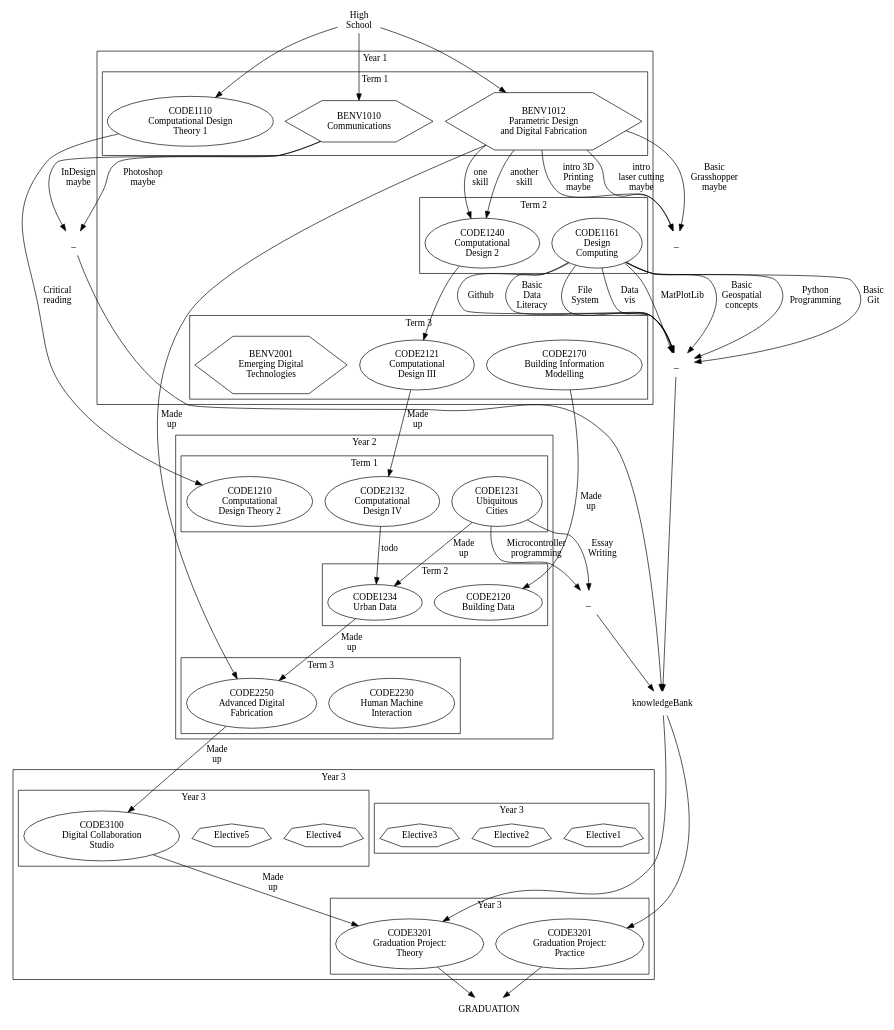
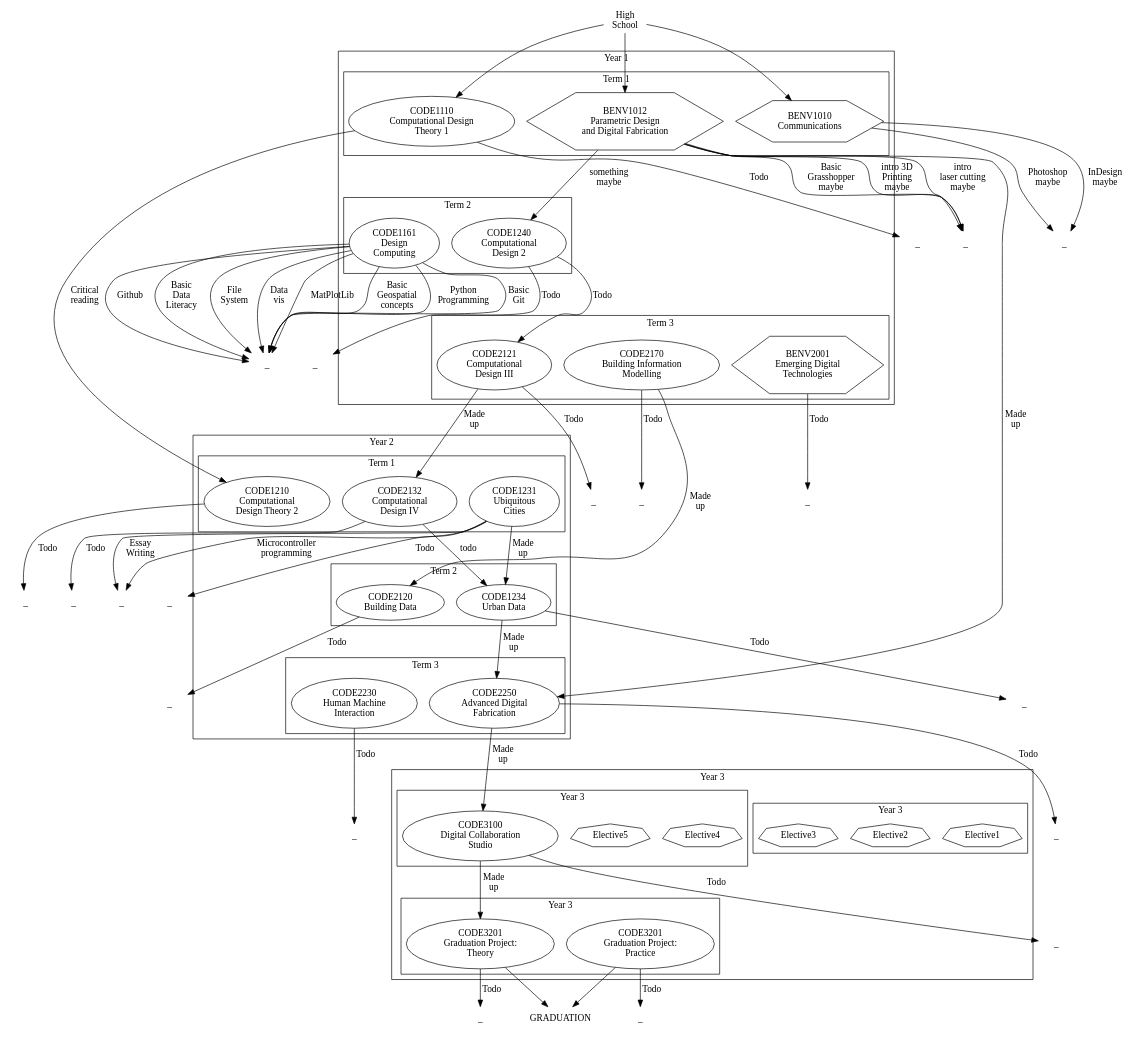
One commit to notionparallax/course-map changed the diagram in code.dot. Above: the diagram before and after it, drawn with Graphviz.

Commit message:
everything, again?
confusing

```diff
--- a/code.dot
+++ b/code.dot
@@ -1,123 +1,186 @@
 digraph G {
     // rankdir=LR; // Delete the slashes if you prefer this to run left to right
     HighSchool [label="High\nSchool" shape=plaintext]
     HighSchool -> BENV1012
     HighSchool -> BENV1010
     HighSchool -> CODE1110
     
     subgraph cluster_y1 {
         label = "Year 1";
         subgraph cluster_y1_t1 {
             label = "Term 1";
             BENV1012 [label="BENV1012\nParametric Design\nand Digital Fabrication" shape=hexagon]
             BENV1010 [label="BENV1010\nCommunications" shape=hexagon]
             CODE1110 [label="CODE1110\nComputational Design\nTheory 1"]
             rank = same; BENV1012; BENV1010; CODE1110;
           }
           subgraph cluster_y1_t2 {
             label = "Term 2";
             CODE1240 [label="CODE1240\nComputational\nDesign 2"]
             CODE1161 [label="CODE1161\nDesign\nComputing"]
             rank = same; CODE1240; CODE1161;
           }
           subgraph cluster_y1_t3 {
               label = "Term 3";
               CODE2121 [label="CODE2121\nComputational\nDesign III"]
               CODE2170 [label="CODE2170\nBuilding Information\nModelling"]
               BENV2001 [label="BENV2001\nEmerging Digital\nTechnologies" shape=hexagon]
               rank = same; CODE2170; CODE2121; BENV2001;
           }
     }
-    BENV1012 -> CODE1240 [label="one\nskill"]
-    BENV1012 -> CODE1240 [label="another\nskill"]
-    CODE1240 -> CODE2121
-    
-    // Design Computing intoduces these skills
-    dummy1161 [label="_" shape=plaintext] //Placeholder for skills that don't go anywhere yet
-    CODE1161 -> dummy1161 [label="Python\nProgramming"]
-    CODE1161 -> dummy1161 [label="Basic\nGit"]
-    CODE1161 -> dummy1161 [label="Github"]
-    CODE1161 -> dummy1161 [label="Basic\nData\nLiteracy"]
-    CODE1161 -> dummy1161 [label="File\nSystem"]
-    CODE1161 -> dummy1161 [label="Data\nvis"]
-    CODE1161 -> dummy1161 [label="MatPlotLib"]
-    CODE1161 -> dummy1161 [label="Basic\nGeospatial\nconcepts"]
-    
-    // Parametric Design and Digital Fabrication intoduces these skills
-    dummyBENV1012 [label="_" shape=plaintext] //Placeholder for skills that don't go anywhere yet
-    BENV1012 -> dummyBENV1012 [label="Basic\nGrasshopper\nmaybe"]
-    BENV1012 -> dummyBENV1012 [label="intro 3D\nPrinting\nmaybe"]
-    BENV1012 -> dummyBENV1012 [label="intro\nlaser cutting\nmaybe"]
-    
-    // Communications intoduces these skills
-    dummyBENV1010 [label="_" shape=plaintext] //Placeholder for skills that don't go anywhere yet
-    BENV1010 -> dummyBENV1010 [label="Photoshop\nmaybe"]
-    BENV1010 -> dummyBENV1010 [label="InDesign\nmaybe"]
-    
-    
+
     subgraph cluster_y2 {
         label = "Year 2";
         subgraph cluster_y2_t1 {
             label = "Term 1";
             CODE2132 [label="CODE2132\nComputational\nDesign IV"]
             CODE1210 [label="CODE1210\nComputational\nDesign Theory 2"]
             CODE1231 [label="CODE1231\nUbiquitous\nCities"]
             rank = same; CODE2132; CODE1210; CODE1231;
         }
         subgraph cluster_y2_t2 {
             label = "Term 2";
             CODE2120 [label="CODE2120\nBuilding Data"]
             CODE1234 [label="CODE1234\nUrban Data"]
             rank = same; CODE2120; CODE1234;
         }
         subgraph cluster_y2_t3 {
             label = "Term 3";
             CODE2230 [label="CODE2230\nHuman Machine\nInteraction"]
             CODE2250 [label="CODE2250\nAdvanced Digital\nFabrication"]
             rank = same; CODE2230;
         }
     }
     // Ubiquitous Cities intoduces these skills
     dummy1231 [label="_" shape=plaintext] //Placeholder for skills that don't go anywhere yet
     CODE1231 -> dummy1231 [label="Microcontroller\nprogramming"]
     CODE1231 -> dummy1231 [label="Essay\nWriting"]
     
     CODE2170 -> CODE2120 [label="Made\nup"]
     CODE1110 -> CODE1210 [label="Critical\nreading"]
     CODE2121 -> CODE2132 [label="Made\nup"]
     BENV1012 -> CODE2250 [label="Made\nup"]
     CODE1231 -> CODE1234 [label="Made\nup"]
     CODE1234 -> CODE2250 [label="Made\nup"]
 
     subgraph cluster_y3 {
         label = "Year 3";
         subgraph cluster_y3_t1 {
             Elective1 [shape=septagon]
             Elective2 [shape=septagon]
             Elective3 [shape=septagon]
         }
         subgraph cluster_y3_t2 {
             Elective4 [shape=septagon]
             Elective5 [shape=septagon]
             CODE3100 [label="CODE3100\nDigital Collaboration\nStudio"]
         }
         subgraph cluster_y3_t3 {
             CODE3201 [label="CODE3201\nGraduation Project:\nTheory"]
             CODE3202 [label="CODE3201\nGraduation Project:\nPractice"]
         }
     }
+
+    //Y1T1 skills:
+    // Communications intoduces these skills
+    dummyBENV1010 [label="_" shape=plaintext] //Placeholder for skills that don't go anywhere yet
+    BENV1010 -> dummyBENV1010 [label="InDesign\nmaybe"]
+    BENV1010 -> dummyBENV1010 [label="Photoshop\nmaybe"]
+
+    // Parametric Design and Digital Fabrication intoduces these skills
+    dummyBENV1012 [label="_" shape=plaintext] //Placeholder for skills that don't go anywhere yet
+    BENV1012 -> dummyBENV1012 [label="Basic\nGrasshopper\nmaybe"]
+    BENV1012 -> dummyBENV1012 [label="intro 3D\nPrinting\nmaybe"]
+    BENV1012 -> dummyBENV1012 [label="intro\nlaser cutting\nmaybe"]
+    BENV1012 -> CODE1240 [label="something\nmaybe"]
+    
+    dummyCODE1110 [label="_" shape=plaintext]
+    CODE1110 -> dummyCODE1110 [label="Todo"]
+
+    //Y1T2 skills
+    // Design Computing intoduces these skills
+    dummy1161 [label="_" shape=plaintext] //Placeholder for skills that don't go anywhere yet
+    CODE1161 -> dummy1161 [label="Python\nProgramming"]
+    CODE1161 -> dummy1161 [label="Basic\nGit"]
+    CODE1161 -> dummy1161 [label="Github"]
+    CODE1161 -> dummy1161 [label="Basic\nData\nLiteracy"]
+    CODE1161 -> dummy1161 [label="File\nSystem"]
+    CODE1161 -> dummy1161 [label="Data\nvis"]
+    CODE1161 -> dummy1161 [label="MatPlotLib"]
+    CODE1161 -> dummy1161 [label="Basic\nGeospatial\nconcepts"]
+    
+    dummyCODE1240 [label="_" shape=plaintext]
+    CODE1240 -> dummyCODE1240 [label="Todo"]
+    CODE1240 -> CODE2121 [label="Todo"]
+    
+    //Y1T3 skills
+    dummyCODE2121 [label="_" shape=plaintext]
+    CODE2121 -> dummyCODE2121 [label="Todo"]
+    dummyCODE2170 [label="_" shape=plaintext]
+    CODE2170 -> dummyCODE2170 [label="Todo"]
+    dummyBENV2001 [label="_" shape=plaintext]
+    BENV2001 -> dummyBENV2001 [label="Todo"]
+    
+    //Y2T1 skills
+    dummyCODE1210 [label="_" shape=plaintext]
+    CODE1210 -> dummyCODE1210 [label="Todo"]
+    dummyCODE1231 [label="_" shape=plaintext]
+    CODE1231 -> dummyCODE1231 [label="Todo"]
+    dummyCODE2132 [label="_" shape=plaintext]
+    CODE2132 -> dummyCODE2132 [label="Todo"]
     CODE2132 -> CODE1234 [label="todo"]
+
+    //Y2T2 skills
+    dummyCODE1234 [label="_" shape=plaintext]
+    CODE1234 -> dummyCODE1234 [label="Todo"]
+    dummyCODE2120 [label="_" shape=plaintext]
+    CODE2120 -> dummyCODE2120 [label="Todo"]
+
+    //Y2T3 skills
+    dummyCODE2230 [label="_" shape=plaintext]
+    CODE2230 -> dummyCODE2230 [label="Todo"]
+    dummyCODE2250 [label="_" shape=plaintext]
+    CODE2250 -> dummyCODE2250 [label="Todo"]
     
-    knowledgeBank [shape=plaintext]
-    dummy1231 -> knowledgeBank
-    dummy1161 -> knowledgeBank
-    dummyBENV1010 -> knowledgeBank
-    knowledgeBank -> CODE3202
-    knowledgeBank -> CODE3201
+    //Y3T1 skills
+    dummyCODE3100 [label="_" shape=plaintext]
+    CODE3100 -> dummyCODE3100 [label="Todo"]
+    
+    //Y3T2 skills
+
+    //Y3T3 skills
+    dummyCODE3201 [label="_" shape=plaintext]
+    CODE3201 -> dummyCODE3201 [label="Todo"]
+    dummyCODE3202 [label="_" shape=plaintext]
+    CODE3202 -> dummyCODE3202 [label="Todo"]
+    
+    //Make the knowledgebank. Eventually this will be WAY less significant
+    // knowledgeBank [shape=plaintext]
+    // dummy1161 -> knowledgeBank
+    // dummy1231 -> knowledgeBank
+    // dummyBENV1010 -> knowledgeBank
+    // dummyBENV1012 -> knowledgeBank
+    // dummyBENV2001 -> knowledgeBank
+    // dummyCODE1110 -> knowledgeBank
+    // dummyCODE1210 -> knowledgeBank
+    // dummyCODE1231 -> knowledgeBank
+    // dummyCODE1234 -> knowledgeBank   // All commented out because it makes a total mess
+    // dummyCODE1240 -> knowledgeBank
+    // dummyCODE2120 -> knowledgeBank
+    // dummyCODE2121 -> knowledgeBank
+    // dummyCODE2132 -> knowledgeBank
+    // dummyCODE2170 -> knowledgeBank
+    // dummyCODE2230 -> knowledgeBank
+    // dummyCODE2250 -> knowledgeBank
+    // dummyCODE3100 -> knowledgeBank
+    // dummyCODE3201 -> knowledgeBank
+    // dummyCODE3202 -> knowledgeBank
+    // knowledgeBank -> CODE3202
+    // knowledgeBank -> CODE3201
 
     GRADUATION [shape=plaintext]
     CODE2250 -> CODE3100 [label="Made\nup"]
     CODE3100 -> CODE3201 [label="Made\nup"]
     CODE3202 -> GRADUATION
     CODE3201 -> GRADUATION
 }
```
